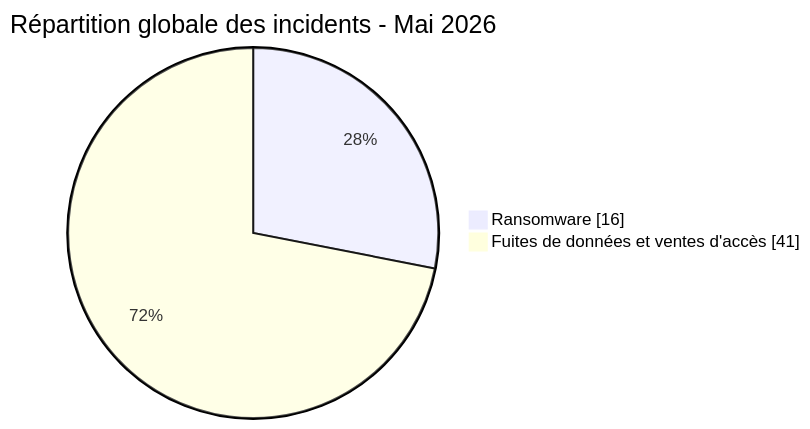
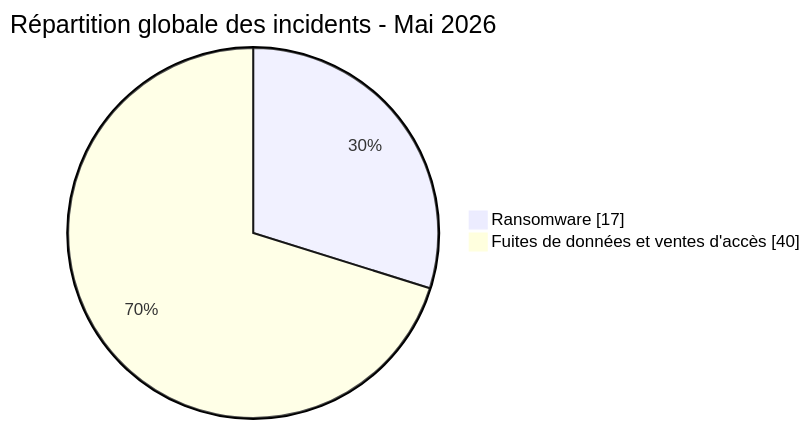
Before and after one commit to Hatchepsoute/AFRINTEL: the first of 7 diagrams in statistics/2026/05-may/README_FR.md, drawn with Mermaid. The commit also changed other lines of this file and 85 other files, not shown here.

````diff
--- a/statistics/2026/05-may/README_FR.md
+++ b/statistics/2026/05-may/README_FR.md
@@ -44,6 +44,6 @@
 ```mermaid
 pie showData
     title Répartition globale des incidents - Mai 2026
-    "Ransomware" : 16
-    "Fuites de données et ventes d'accès" : 41
+    "Ransomware" : 17
+    "Fuites de données et ventes d'accès" : 40
 ```
````
